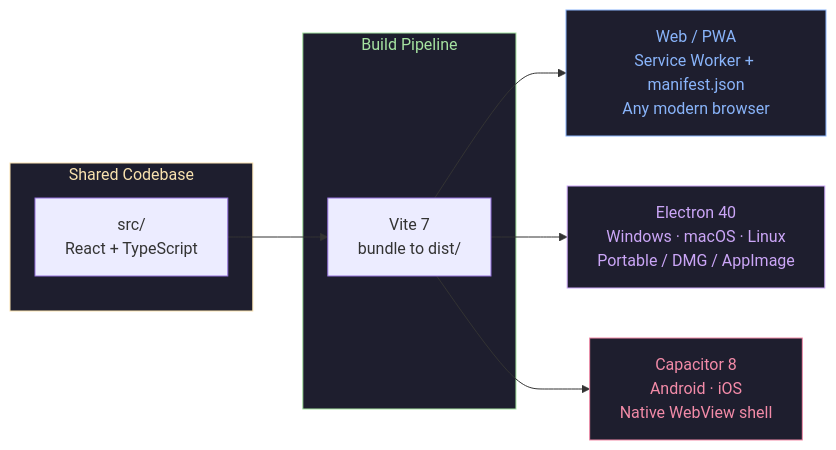
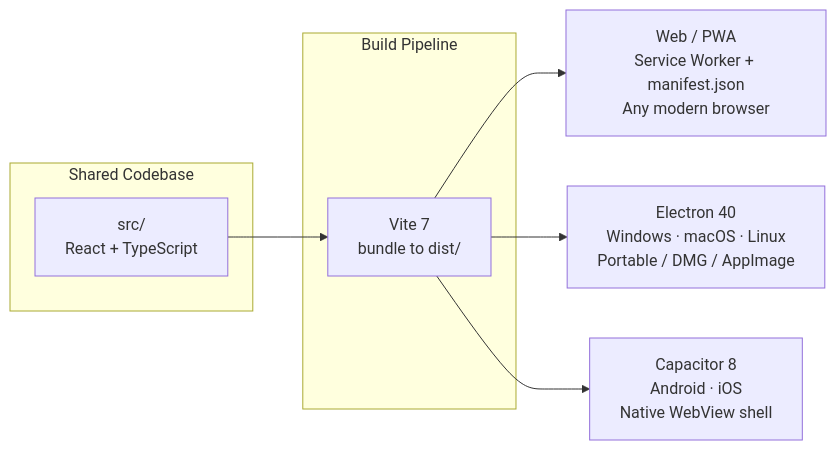
The ninth of 9 diagrams in README.md (scottdreinhart/tictactoe), drawn with Mermaid before and after one commit. The commit also changed other lines of this file and 10 other files, not shown here.

Commit message:
style: remove gradients and diagram color overrides

````diff
--- a/README.md
+++ b/README.md
@@ -1082,22 +1053,16 @@
 ```mermaid
 graph LR
     subgraph Source["Shared Codebase"]
         src["src/\nReact + TypeScript"]
     end
 
     subgraph Build["Build Pipeline"]
         vite["Vite 7\nbundle to dist/"]
     end
 
     src --> vite
 
     vite --> web["Web / PWA\nService Worker + manifest.json\nAny modern browser"]
     vite --> electron["Electron 40\nWindows · macOS · Linux\nPortable / DMG / AppImage"]
     vite --> capacitor["Capacitor 8\nAndroid · iOS\nNative WebView shell"]
-
-    style Source fill:#1e1e2e,color:#f9e2af,stroke:#f9e2af
-    style Build fill:#1e1e2e,color:#a6e3a1,stroke:#a6e3a1
-    style web fill:#1e1e2e,color:#89b4fa,stroke:#89b4fa
-    style electron fill:#1e1e2e,color:#cba6f7,stroke:#cba6f7
-    style capacitor fill:#1e1e2e,color:#f38ba8,stroke:#f38ba8
 ```
````
